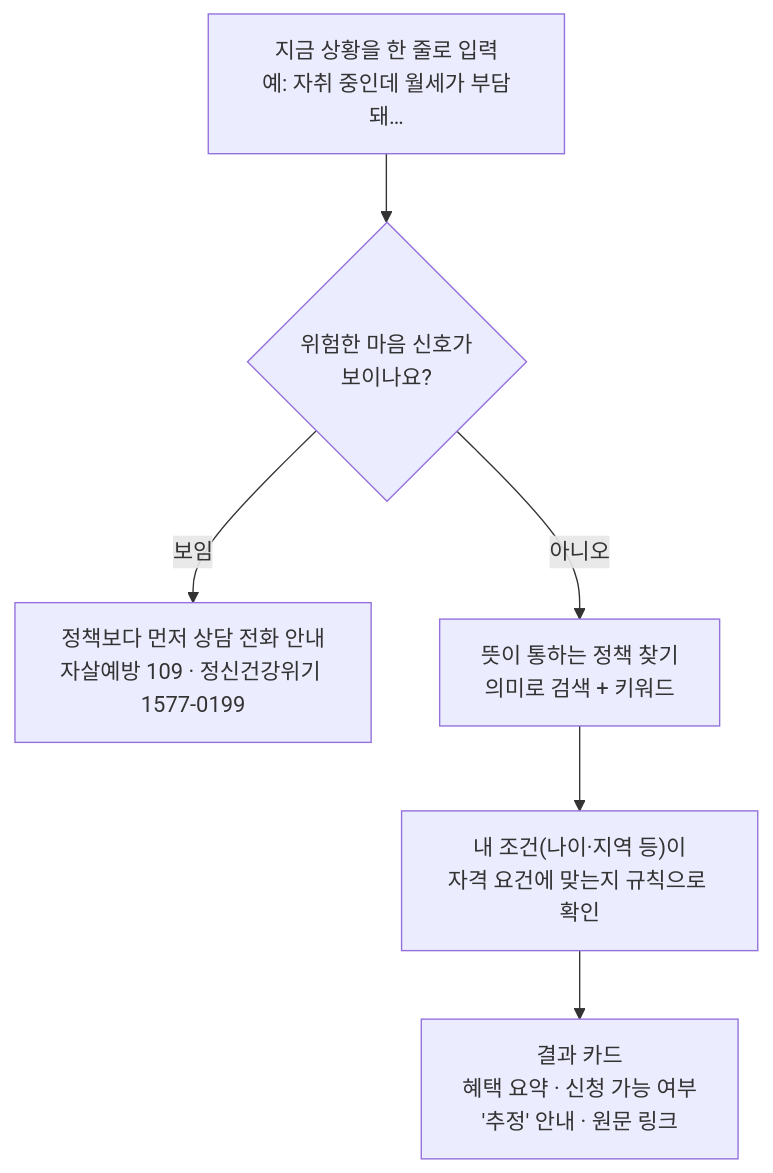
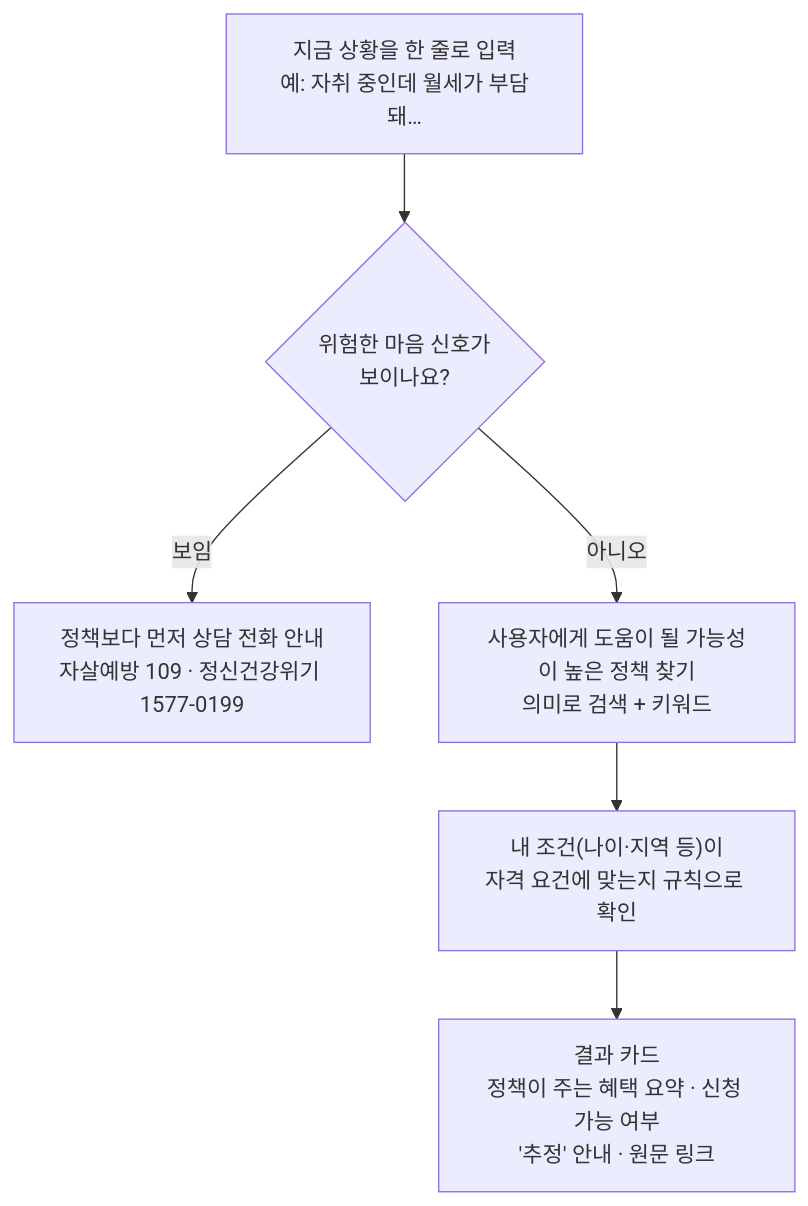
Before and after one commit to slowdive14/cheongnyeon: the diagram in README.md, drawn with Mermaid. The commit also changed other lines of this file, not shown here.

````diff
--- a/README.md
+++ b/README.md
@@ -31,8 +30,8 @@
 ```mermaid
 flowchart TD
     A["지금 상황을 한 줄로 입력<br/>예: 자취 중인데 월세가 부담돼…"] --> B{"위험한 마음 신호가<br/>보이나요?"}
     B -->|보임| C["정책보다 먼저 상담 전화 안내<br/>자살예방 109 · 정신건강위기 1577-0199"]
-    B -->|아니오| D["뜻이 통하는 정책 찾기<br/>의미로 검색 + 키워드"]
+    B -->|아니오| D["사용자에게 도움이 될 가능성이 높은 정책 찾기<br/>의미로 검색 + 키워드"]
     D --> E["내 조건(나이·지역 등)이<br/>자격 요건에 맞는지 규칙으로 확인"]
-    E --> F["결과 카드<br/>혜택 요약 · 신청 가능 여부<br/>'추정' 안내 · 원문 링크"]
+    E --> F["결과 카드<br/>정책이 주는 혜택 요약 · 신청 가능 여부<br/>'추정' 안내 · 원문 링크"]
 ```
````
